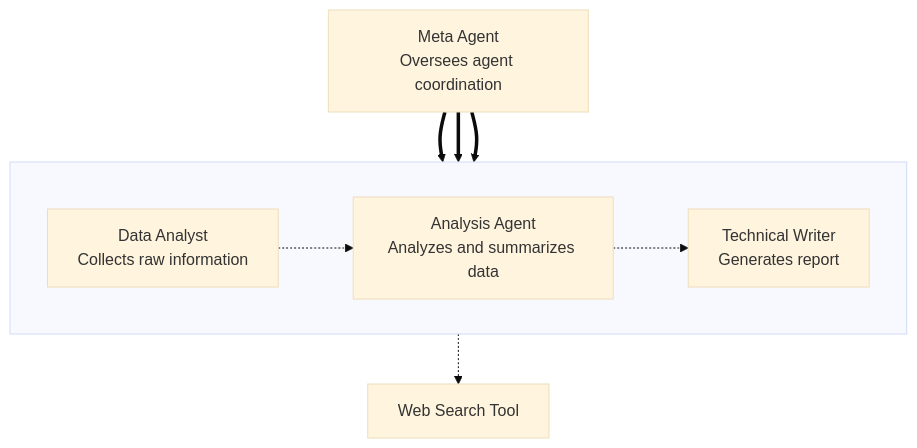
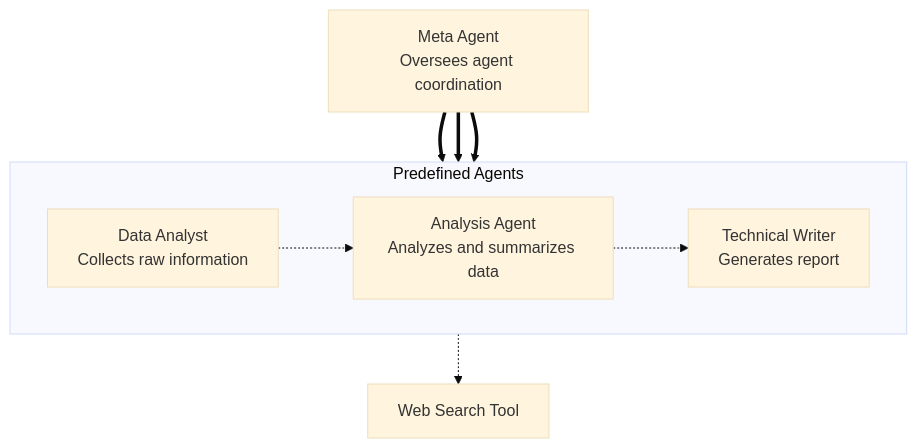
One commit to agentic-human/ai-agent-orchestrator changed the first of 2 diagrams in project_summary.md. Above: the diagram before and after it, drawn with Mermaid (base theme). The commit also changed other lines of this file, not shown here.

Commit message:
Update Project Summary to showcase new ephemeral agents

````diff
--- a/project_summary.md
+++ b/project_summary.md
@@ -10,25 +12,25 @@
 ```mermaid
    graph TD
     MetaAgent["Meta Agent<br>Oversees agent coordination"]
 
-    subgraph Agents [ ]
+    subgraph Agents["Predefined Agents"]
         direction LR
         DataAnalyst["Data Analyst<br>Collects raw information"]
         AnalysisAgent["Analysis Agent<br>Analyzes and summarizes data"]
         WriterAgent["Technical Writer<br>Generates report"]
     end
 
     WebSearch["Web Search Tool"]
 
     %% Control flow: meta assigns tasks to each agent
     MetaAgent ==> DataAnalyst
     MetaAgent ==> AnalysisAgent
     MetaAgent ==> WriterAgent
 
     %% Data flow
     DataAnalyst -.-> WebSearch
     DataAnalyst -.-> AnalysisAgent
     AnalysisAgent -.-> WriterAgent
 
 
 ```
````
